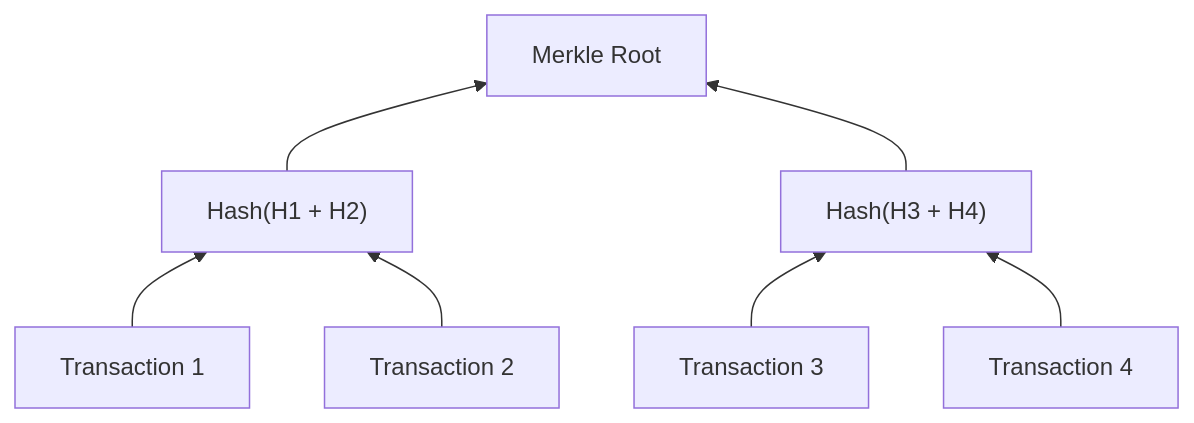
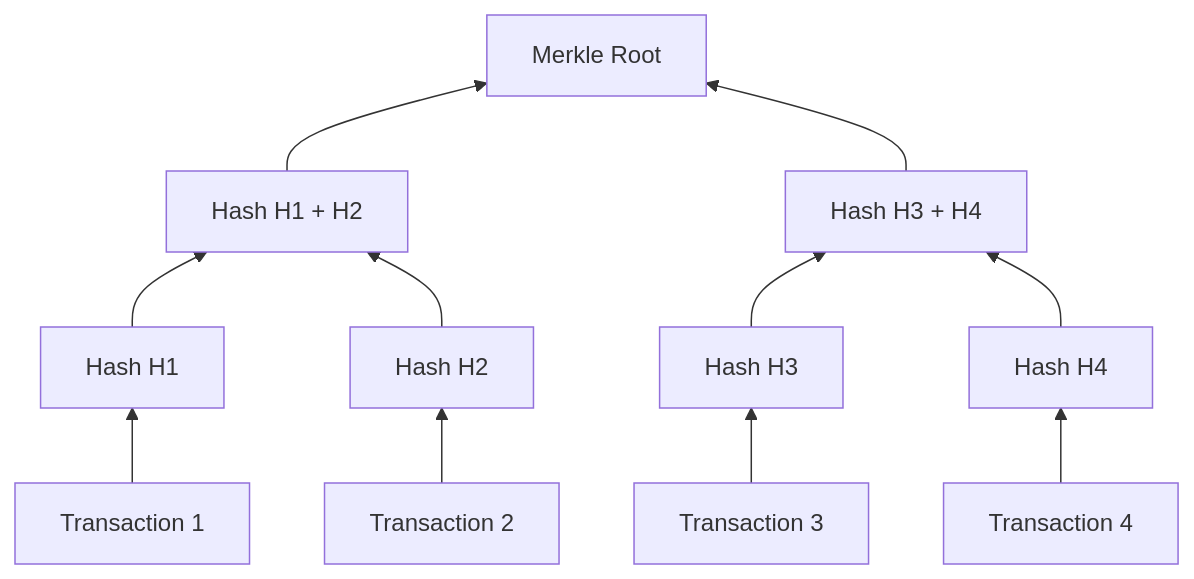
Before and after one commit to walidwh21/MiniChain: the third of 9 diagrams in README.md, drawn with Mermaid. The commit also changed other lines of this file, not shown here.

````diff
--- a/README.md
+++ b/README.md
@@ -148,11 +150,16 @@
 ```mermaid
 flowchart BT
-    t1["Transaction 1"] --> h12["Hash(H1 + H2)"]
-    t2["Transaction 2"] --> h12
+    t1["Transaction 1"] --> h1["Hash H1"]
+    t2["Transaction 2"] --> h2["Hash H2"]
+    t3["Transaction 3"] --> h3["Hash H3"]
+    t4["Transaction 4"] --> h4["Hash H4"]
 
-    t3["Transaction 3"] --> h34["Hash(H3 + H4)"]
-    t4["Transaction 4"] --> h34
+    h1 --> h12["Hash H1 + H2"]
+    h2 --> h12
+
+    h3 --> h34["Hash H3 + H4"]
+    h4 --> h34
 
     h12 --> root["Merkle Root"]
     h34 --> root
 ```
````
